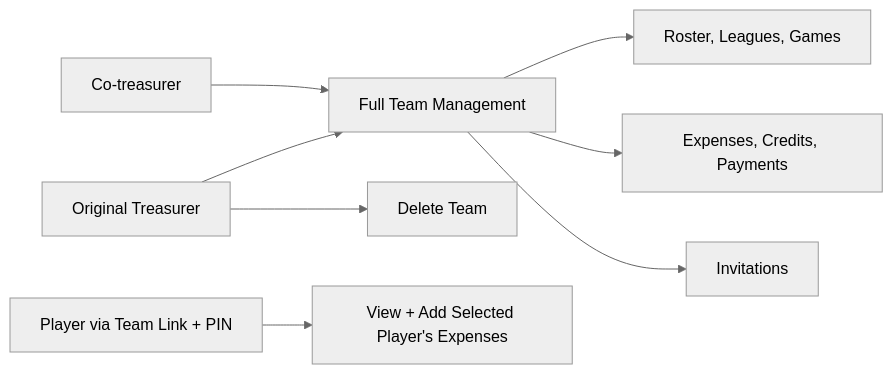
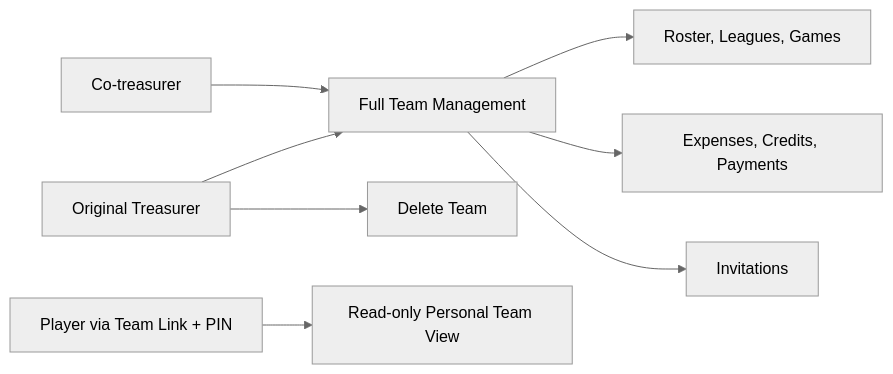
One commit to SaiduM/WicketSplit changed the third of 4 diagrams in docs/HLD.md. Above: the diagram before and after it, drawn with Mermaid (neutral theme). The commit also changed other lines of this file and 5 other files, not shown here.

````diff
--- a/docs/HLD.md
+++ b/docs/HLD.md
@@ -88,11 +93,11 @@
 ```mermaid
 flowchart LR
     Owner["Original Treasurer"] --> Full["Full Team Management"]
     Co["Co-treasurer"] --> Full
-    Member["Player via Team Link + PIN"] --> Limited["View + Add Selected Player's Expenses"]
+    Member["Player via Team Link + PIN"] --> Limited["Read-only Personal Team View"]
 
     Full --> Setup["Roster, Leagues, Games"]
     Full --> Finance["Expenses, Credits, Payments"]
     Full --> Invites["Invitations"]
     Owner --> Delete["Delete Team"]
 ```
````
